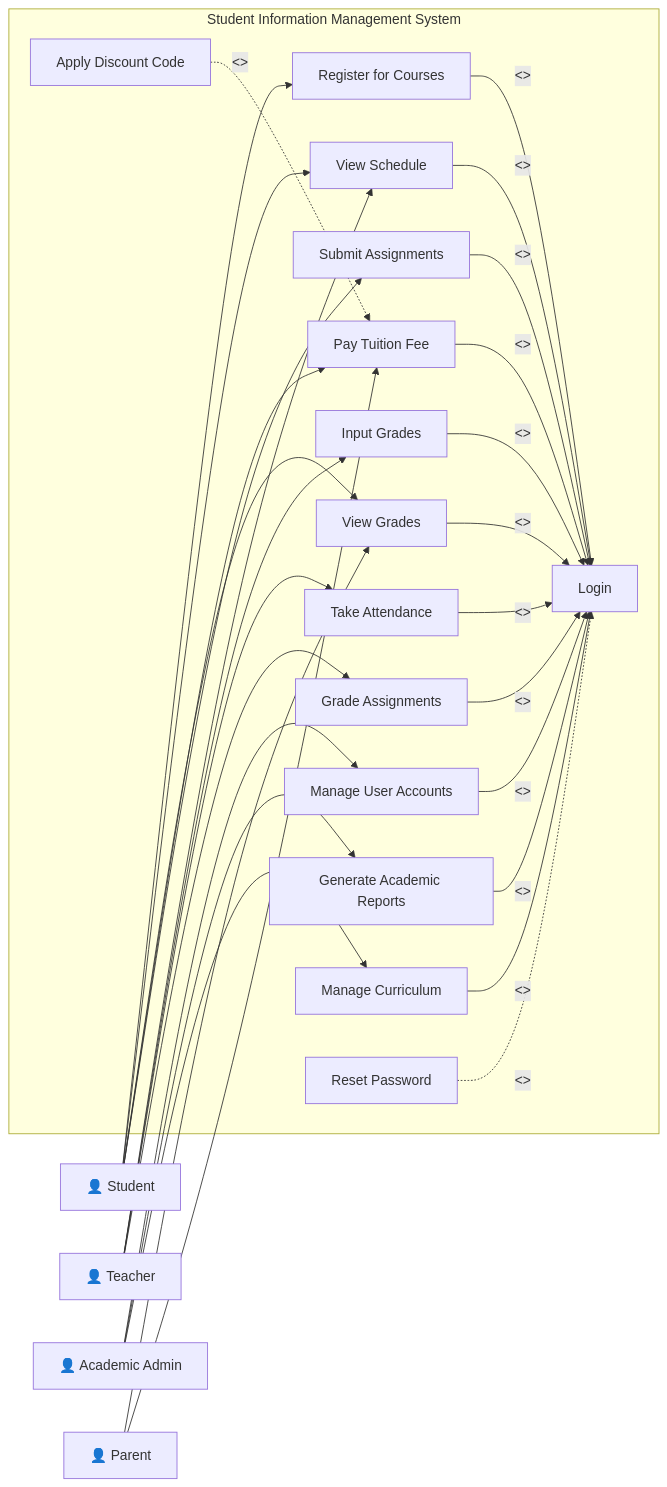
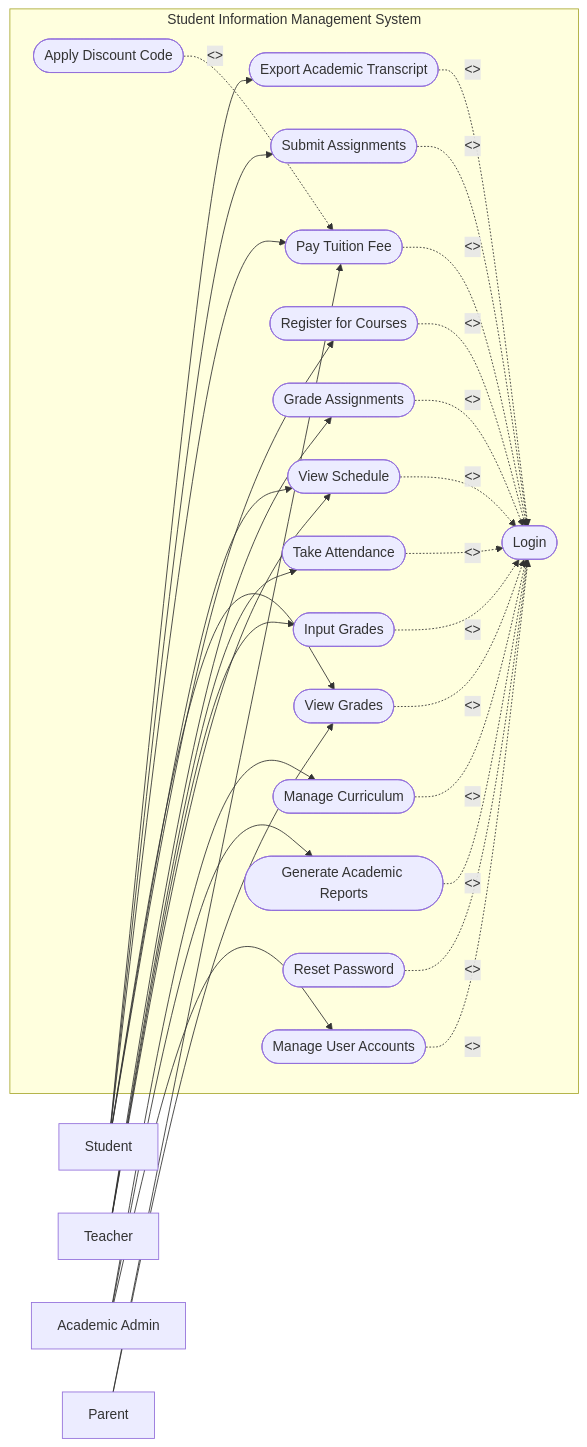
The diagram in 01_Education_Learning/student_information_management_system/02_usecase_diagram.md (DungTLab/Source_PE), drawn with Mermaid before and after one commit. The commit also changed other lines of this file and 4 other files, not shown here.

````diff
--- a/01_Education_Learning/student_information_management_system/02_usecase_diagram.md
+++ b/01_Education_Learning/student_information_management_system/02_usecase_diagram.md
@@ -5,58 +5,60 @@
 ```mermaid
-%%{init: {'theme': 'default'}}%%
-graph LR
-    actor_Student["👤 Student"]
-    actor_Teacher["👤 Teacher"]
-    actor_Admin["👤 Academic Admin"]
-    actor_Parent["👤 Parent"]
+flowchart LR
+    actor_Student["Student"]
+    actor_Teacher["Teacher"]
+    actor_Admin["Academic Admin"]
+    actor_Parent["Parent"]
 
-    subgraph System["Student Information Management System"]
-        UC01["Login"]
-        UC02["Manage User Accounts"]
-        UC03["Register for Courses"]
-        UC04["View Schedule"]
-        UC05["Input Grades"]
-        UC06["View Grades"]
-        UC07["Take Attendance"]
-        UC08["Pay Tuition Fee"]
-        UC09["Generate Academic Reports"]
-        UC10["Manage Curriculum"]
-        UC11["Submit Assignments"]
-        UC12["Grade Assignments"]
-        UC13["Apply Discount Code"]
-        UC14["Reset Password"]
+    subgraph SystemBoundary["Student Information Management System"]
+        UC01(["Login"])
+        UC02(["Manage User Accounts"])
+        UC03(["Register for Courses"])
+        UC04(["View Schedule"])
+        UC05(["Input Grades"])
+        UC06(["View Grades"])
+        UC07(["Take Attendance"])
+        UC08(["Pay Tuition Fee"])
+        UC09(["Generate Academic Reports"])
+        UC10(["Manage Curriculum"])
+        UC11(["Submit Assignments"])
+        UC12(["Grade Assignments"])
+        UC13(["Apply Discount Code"])
+        UC14(["Reset Password"])
+        UC15(["Export Academic Transcript"])
     end
 
     actor_Student --> UC03
     actor_Student --> UC04
     actor_Student --> UC06
     actor_Student --> UC08
     actor_Student --> UC11
+    actor_Student --> UC15
 
     actor_Teacher --> UC04
     actor_Teacher --> UC05
     actor_Teacher --> UC07
     actor_Teacher --> UC12
 
     actor_Admin --> UC02
     actor_Admin --> UC09
     actor_Admin --> UC10
 
     actor_Parent --> UC06
     actor_Parent --> UC08
-    
-    UC02 -->|"<<include>>"| UC01
-    UC03 -->|"<<include>>"| UC01
-    UC04 -->|"<<include>>"| UC01
-    UC05 -->|"<<include>>"| UC01
-    UC06 -->|"<<include>>"| UC01
-    UC07 -->|"<<include>>"| UC01
-    UC08 -->|"<<include>>"| UC01
-    UC09 -->|"<<include>>"| UC01
-    UC10 -->|"<<include>>"| UC01
-    UC11 -->|"<<include>>"| UC01
-    UC12 -->|"<<include>>"| UC01
+
+    UC02 -.->|"<<include>>"| UC01
+    UC03 -.->|"<<include>>"| UC01
+    UC04 -.->|"<<include>>"| UC01
+    UC05 -.->|"<<include>>"| UC01
+    UC06 -.->|"<<include>>"| UC01
+    UC07 -.->|"<<include>>"| UC01
+    UC08 -.->|"<<include>>"| UC01
+    UC09 -.->|"<<include>>"| UC01
+    UC10 -.->|"<<include>>"| UC01
+    UC11 -.->|"<<include>>"| UC01
+    UC12 -.->|"<<include>>"| UC01
+    UC15 -.->|"<<include>>"| UC01
 
     UC13 -.->|"<<extend>>"| UC08
     UC14 -.->|"<<extend>>"| UC01
 ```
````
